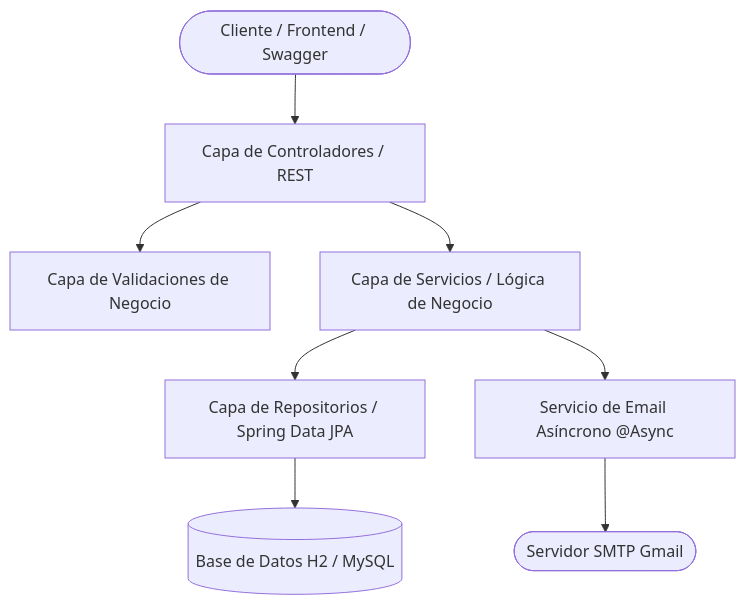
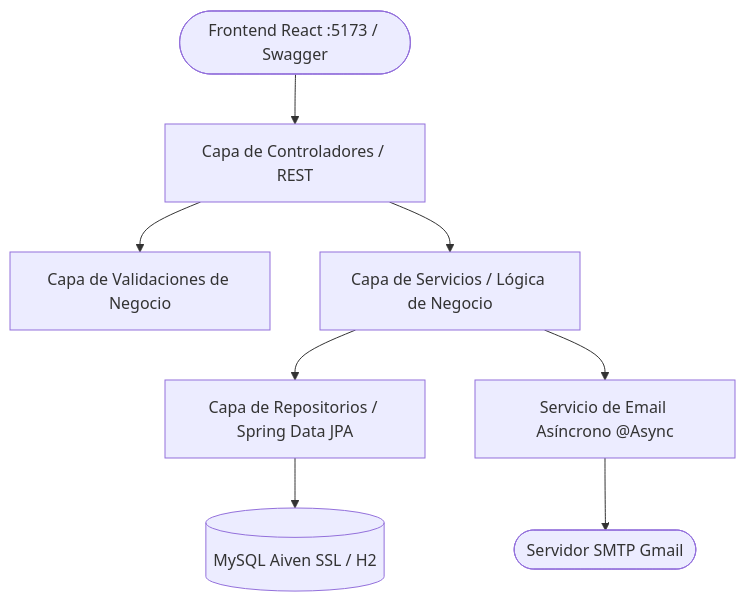
The diagram in Registro_Marca/README.md (JuanZB360/Fidelizacion), drawn with Mermaid before and after one commit. The commit also changed other lines of this file and 3 other files, not shown here.

````diff
--- a/Registro_Marca/README.md
+++ b/Registro_Marca/README.md
@@ -60,10 +80,10 @@
 ```mermaid
 graph TD
-    Client([Cliente / Frontend / Swagger]) --> Controller[Capa de Controladores / REST]
+    Client([Frontend React :5173 / Swagger]) --> Controller[Capa de Controladores / REST]
     Controller --> Validation[Capa de Validaciones de Negocio]
     Controller --> Service[Capa de Servicios / Lógica de Negocio]
     Service --> Repository[Capa de Repositorios / Spring Data JPA]
     Service --> EmailService[Servicio de Email Asíncrono @Async]
     EmailService --> SMTPServer([Servidor SMTP Gmail])
-    Repository --> Database[(Base de Datos H2 / MySQL)]
+    Repository --> Database[(MySQL Aiven SSL / H2)]
 ```
````
